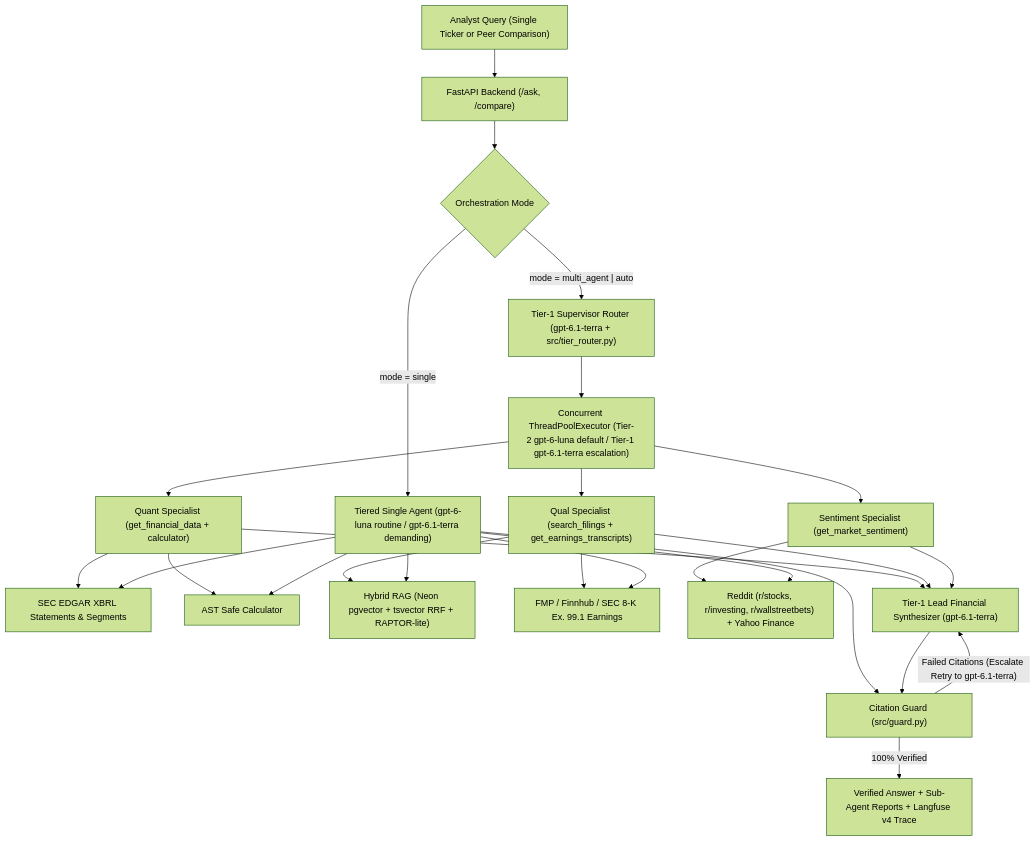
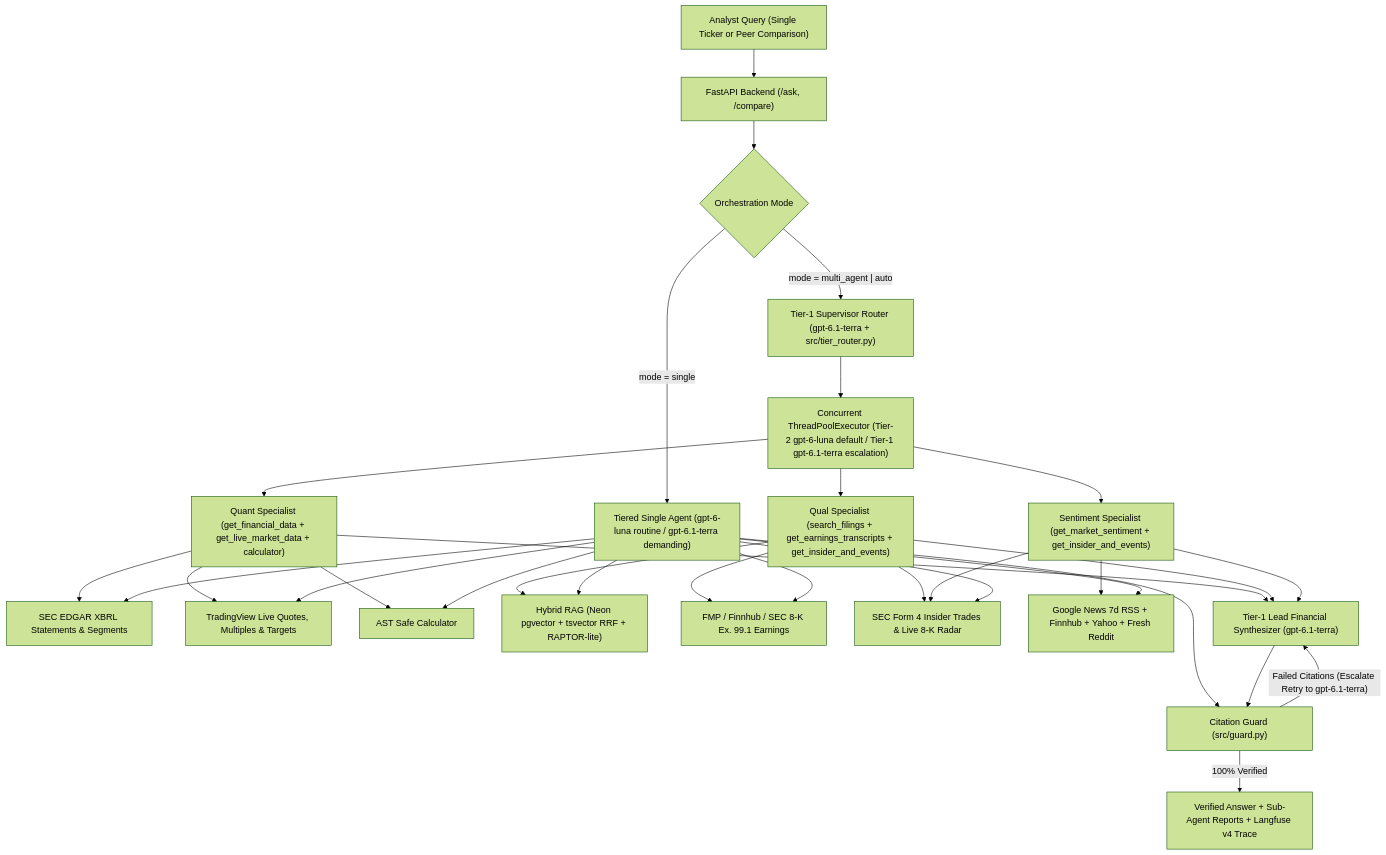
One commit to iamqazolp/CompanyScope changed the diagram in README.md. Above: the diagram before and after it, drawn with Mermaid (forest theme). The commit also changed other lines of this file and 1 other file, not shown here.

Commit message:
test(market): add live market, Form 4 guard, and chart endpoint tests and update docs

````diff
--- a/README.md
+++ b/README.md
@@ -39,28 +44,30 @@
 ```mermaid
 flowchart TD
     User["Analyst Query (Single Ticker or Peer Comparison)"] --> API["FastAPI Backend (/ask, /compare)"]
     API --> Mode{"Orchestration Mode"}
 
     Mode -- "mode = multi_agent | auto" --> Sup["Tier-1 Supervisor Router (gpt-6.1-terra + src/tier_router.py)"]
     Mode -- "mode = single" --> Single["Tiered Single Agent (gpt-6-luna routine / gpt-6.1-terra demanding)"]
 
     Sup --> Pool["Concurrent ThreadPoolExecutor (Tier-2 gpt-6-luna default / Tier-1 gpt-6.1-terra escalation)"]
-    Pool --> Quant["Quant Specialist (get_financial_data + calculator)"]
-    Pool --> Qual["Qual Specialist (search_filings + get_earnings_transcripts)"]
-    Pool --> Sent["Sentiment Specialist (get_market_sentiment)"]
+    Pool --> Quant["Quant Specialist (get_financial_data + get_live_market_data + calculator)"]
+    Pool --> Qual["Qual Specialist (search_filings + get_earnings_transcripts + get_insider_and_events)"]
+    Pool --> Sent["Sentiment Specialist (get_market_sentiment + get_insider_and_events)"]
 
     Quant --> XBRL["SEC EDGAR XBRL Statements & Segments"]
+    Quant --> LiveQ["TradingView Live Quotes, Multiples & Targets"]
     Quant --> Calc["AST Safe Calculator"]
     Qual --> RRF["Hybrid RAG (Neon pgvector + tsvector RRF + RAPTOR-lite)"]
     Qual --> Earn["FMP / Finnhub / SEC 8-K Ex. 99.1 Earnings"]
-    Sent --> Mkt["Reddit (r/stocks, r/investing, r/wallstreetbets) + Yahoo Finance"]
+    Qual & Sent --> Ins["SEC Form 4 Insider Trades & Live 8-K Radar"]
+    Sent --> Mkt["Google News 7d RSS + Finnhub + Yahoo + Fresh Reddit"]
 
-    Single --> XBRL & Calc & RRF & Earn & Mkt
+    Single --> XBRL & LiveQ & Calc & RRF & Earn & Ins & Mkt
 
     Quant & Qual & Sent --> Synth["Tier-1 Lead Financial Synthesizer (gpt-6.1-terra)"]
     Single --> Guard["Citation Guard (src/guard.py)"]
     Synth --> Guard
 
     Guard -- "Failed Citations (Escalate Retry to gpt-6.1-terra)" --> Synth
     Guard -- "100% Verified" --> Output["Verified Answer + Sub-Agent Reports + Langfuse v4 Trace"]
 ```
````
